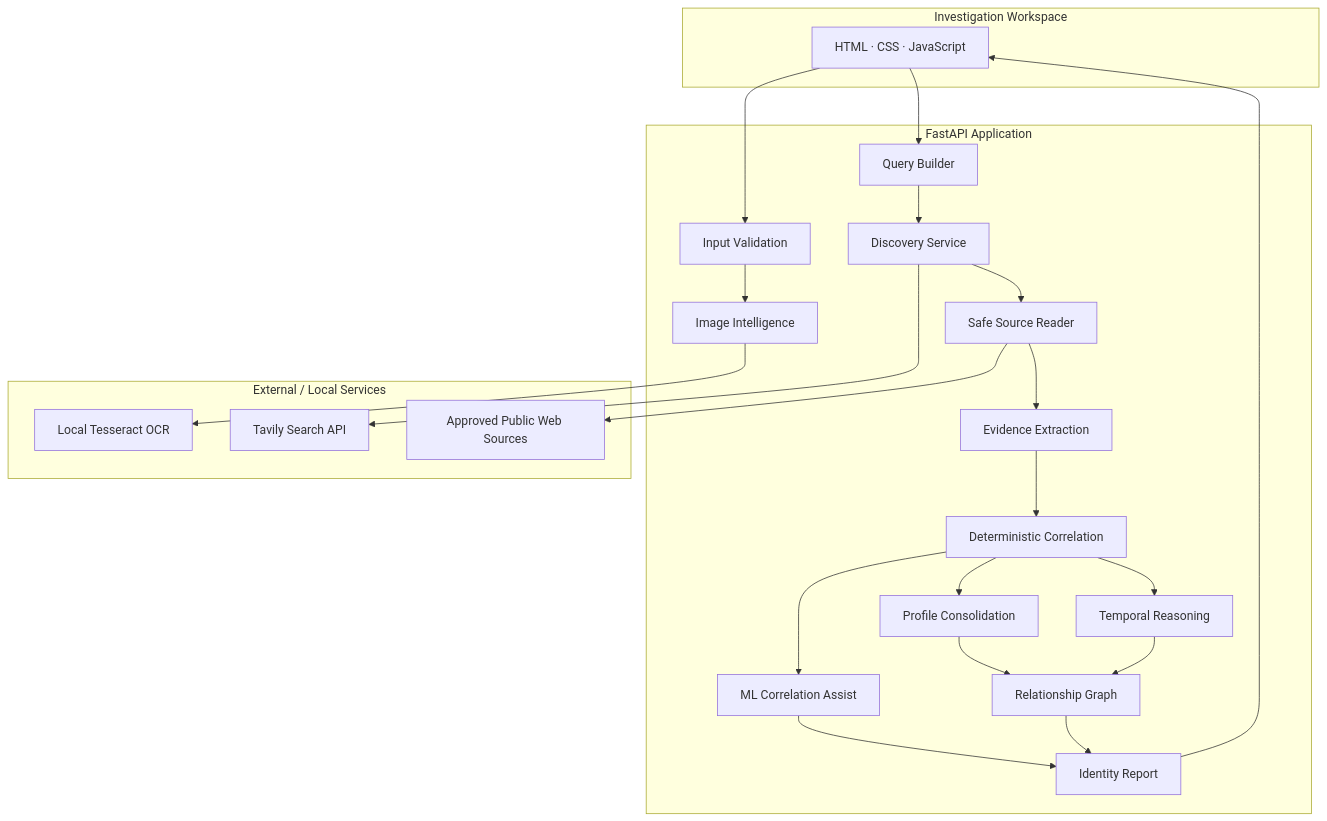
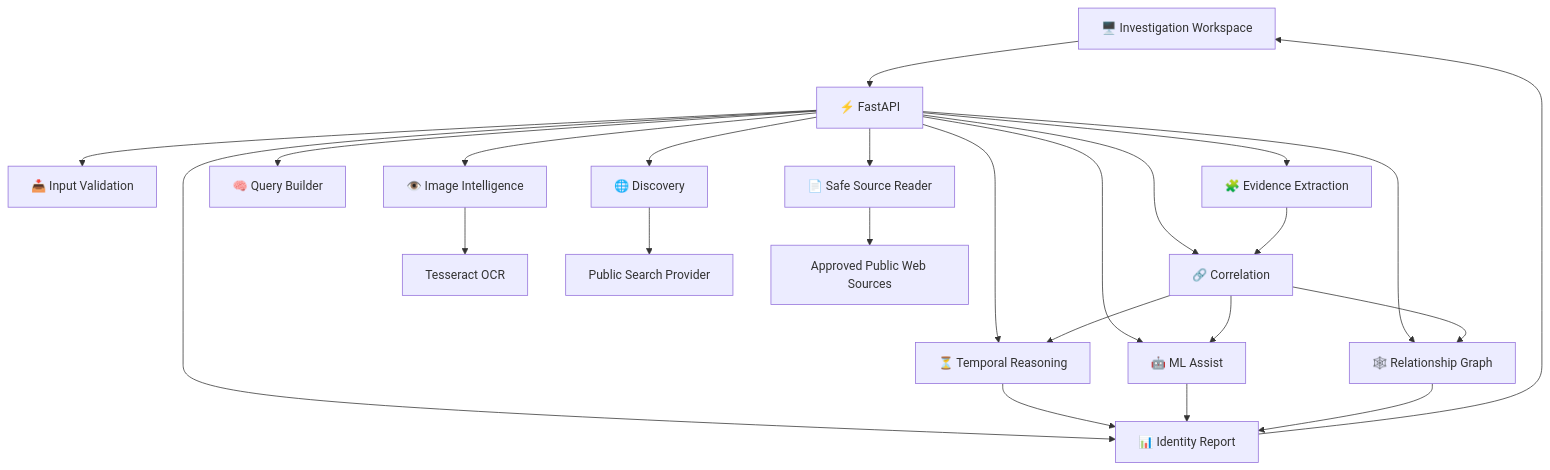
The fifth of 6 diagrams in README.md (sdheeraj4/Temporal_Nexus), drawn with Mermaid before and after one commit. The commit also changed other lines of this file, not shown here.

````diff
--- a/README.md
+++ b/README.md
@@ -611,52 +619,37 @@
 ```mermaid
 flowchart TB
 
-    subgraph UI["Investigation Workspace"]
-        FE["HTML · CSS · JavaScript"]
-    end
+    UI["🖥️ Investigation Workspace"]
 
-    subgraph API["FastAPI Application"]
-        IV["Input Validation"]
-        OCR["Image Intelligence"]
-        QB["Query Builder"]
-        DS["Discovery Service"]
-        SR["Safe Source Reader"]
-        EX["Evidence Extraction"]
-        CO["Deterministic Correlation"]
-        PC["Profile Consolidation"]
-        TR["Temporal Reasoning"]
-        ML["ML Correlation Assist"]
-        RG["Relationship Graph"]
-        IR["Identity Report"]
-    end
+    UI --> API["⚡ FastAPI"]
 
-    subgraph EXT["External / Local Services"]
-        TS["Local Tesseract OCR"]
-        TV["Tavily Search API"]
-        WEB["Approved Public Web Sources"]
-    end
+    API --> INPUT["📥 Input Validation"]
+    API --> OCR["👁️ Image Intelligence"]
+    API --> QUERY["🧠 Query Builder"]
+    API --> DISCOVERY["🌐 Discovery"]
+    API --> READER["📄 Safe Source Reader"]
+    API --> EXTRACTION["🧩 Evidence Extraction"]
+    API --> CORRELATION["🔗 Correlation"]
+    API --> TEMPORAL["⏳ Temporal Reasoning"]
+    API --> ML["🤖 ML Assist"]
+    API --> GRAPH["🕸️ Relationship Graph"]
+    API --> REPORT["📊 Identity Report"]
 
-    FE --> IV
-    IV --> OCR
-    OCR --> TS
+    OCR --> TESS["Tesseract OCR"]
 
-    FE --> QB
-    QB --> DS
-    DS --> TV
+    DISCOVERY --> SEARCH["Public Search Provider"]
 
-    DS --> SR
-    SR --> WEB
-    SR --> EX
+    READER --> WEB["Approved Public Web Sources"]
 
-    EX --> CO
-    CO --> PC
-    CO --> TR
-    CO --> ML
+    EXTRACTION --> CORRELATION
 
-    PC --> RG
-    TR --> RG
-    ML --> IR
-    RG --> IR
+    CORRELATION --> TEMPORAL
+    CORRELATION --> ML
+    CORRELATION --> GRAPH
 
-    IR --> FE
+    TEMPORAL --> REPORT
+    ML --> REPORT
+    GRAPH --> REPORT
+
+    REPORT --> UI
 ```
````
